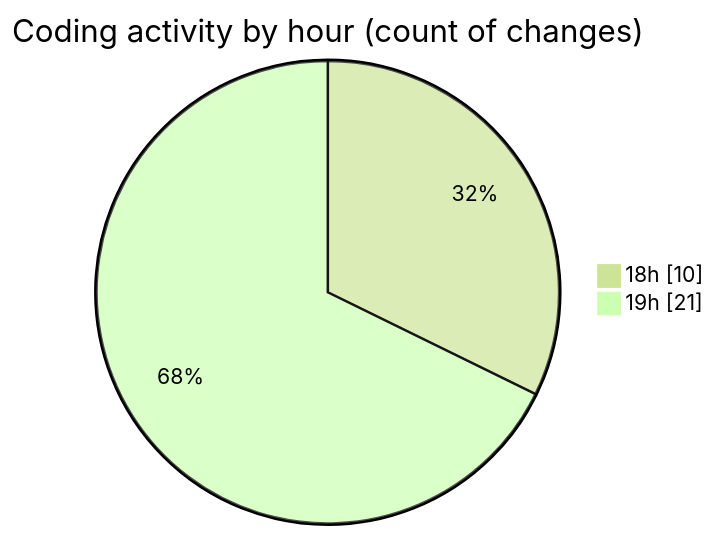
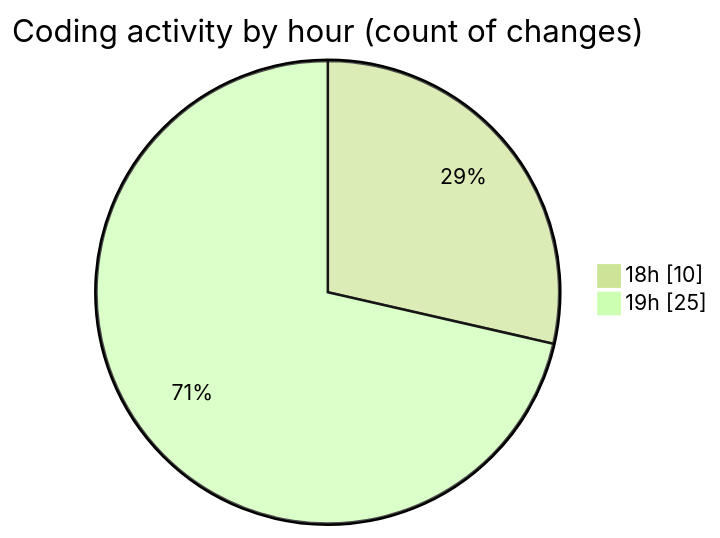
Before and after one commit to Netris89/code-tracking: the second of 2 diagrams in 2025-03-29/back-end/README.md, drawn with Mermaid (forest theme). The commit also changed other lines of this file and 1 other file, not shown here.

````diff
--- a/2025-03-29/back-end/README.md
+++ b/2025-03-29/back-end/README.md
@@ -29,6 +29,6 @@
 ```mermaid
 pie showData
 title Coding activity by hour (count of changes)
 "18h" : 10
-"19h" : 21
+"19h" : 25
 ```
````
